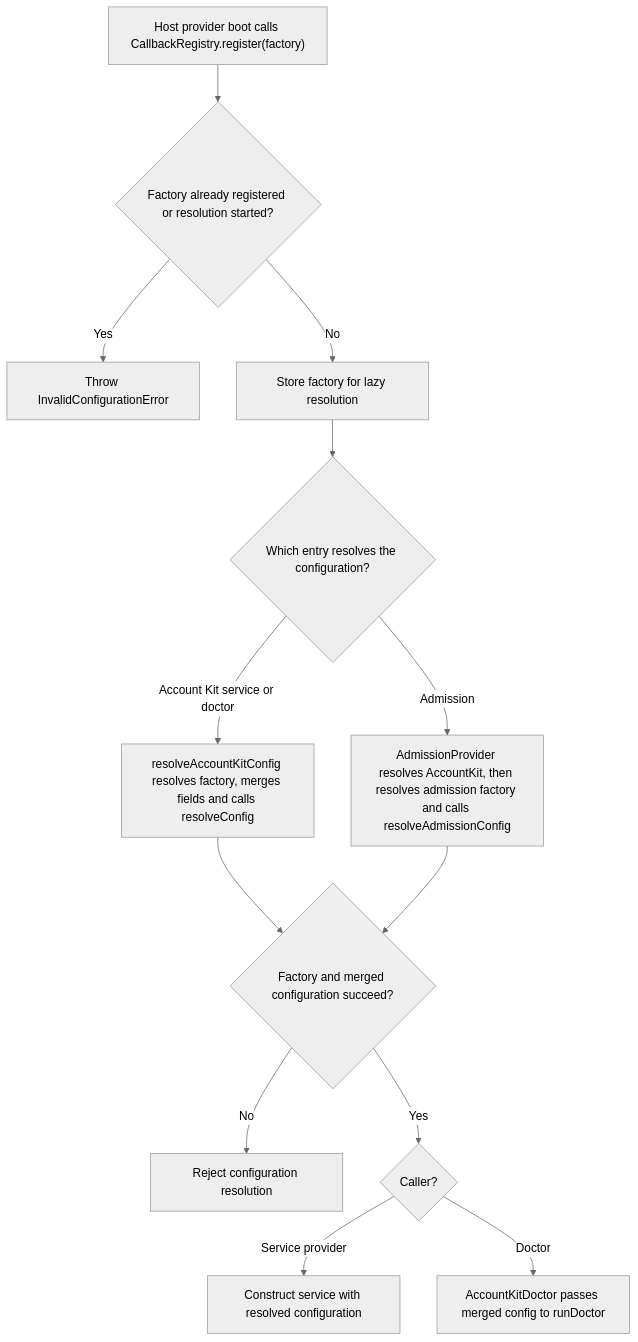
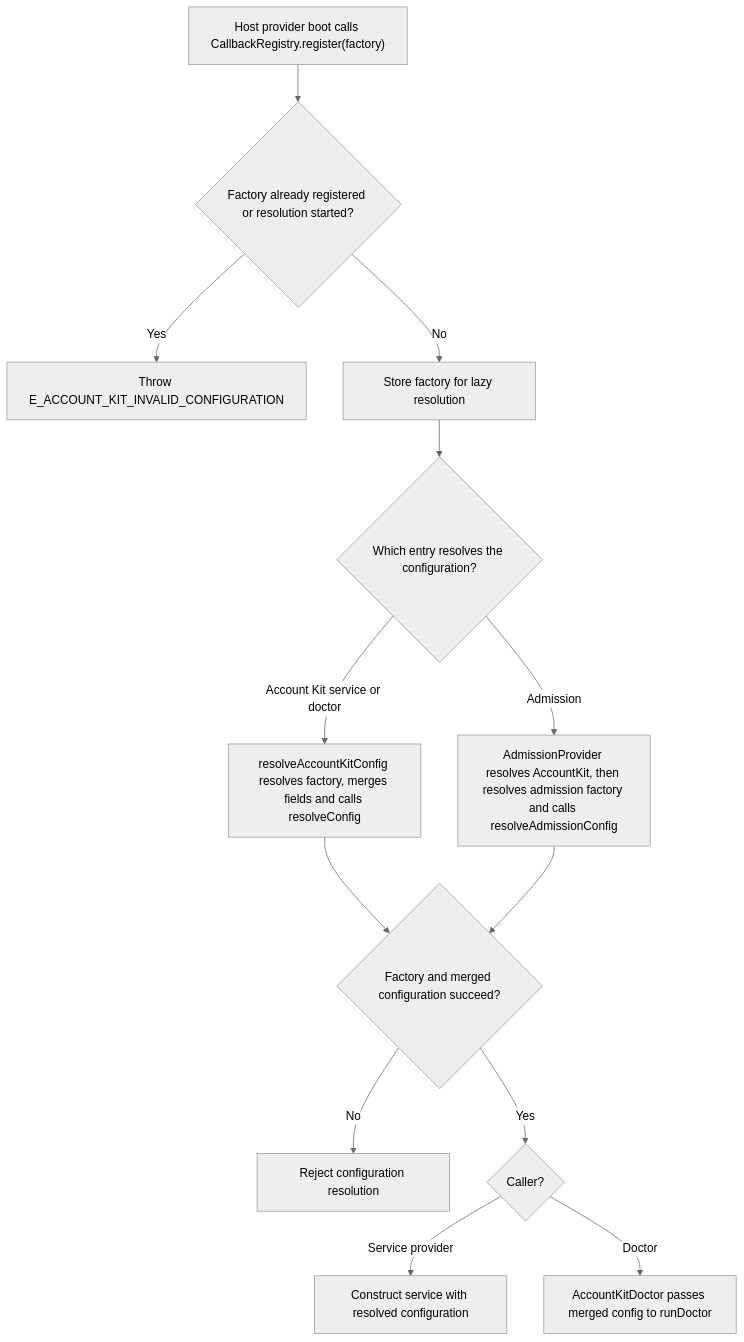
Before and after one commit to Kevinjohn/oss-adonisjs-account-kit: the second of 2 diagrams in user-stories/US-ACCOUNT-65-register-provider-callbacks.md, drawn with Mermaid (neutral theme). The commit also changed other lines of this file and 362 other files, not shown here.

````diff
--- a/user-stories/US-ACCOUNT-65-register-provider-callbacks.md
+++ b/user-stories/US-ACCOUNT-65-register-provider-callbacks.md
@@ -33,15 +33,15 @@
 ```mermaid
 flowchart TD
     A["Host provider boot calls CallbackRegistry.register(factory)"] --> B{"Factory already registered or resolution started?"}
-    B -->|Yes| X["Throw InvalidConfigurationError"]
+    B -->|Yes| X["Throw E_ACCOUNT_KIT_INVALID_CONFIGURATION"]
     B -->|No| C["Store factory for lazy resolution"]
     C --> D{"Which entry resolves the configuration?"}
     D -->|Account Kit service or doctor| E["resolveAccountKitConfig resolves factory, merges fields and calls resolveConfig"]
     D -->|Admission| F["AdmissionProvider resolves AccountKit, then resolves admission factory and calls resolveAdmissionConfig"]
     E --> G{"Factory and merged configuration succeed?"}
     F --> G
     G -->|No| I["Reject configuration resolution"]
     G -->|Yes| J{"Caller?"}
     J -->|Service provider| H["Construct service with resolved configuration"]
     J -->|Doctor| K["AccountKitDoctor passes merged config to runDoctor"]
 ```
````
